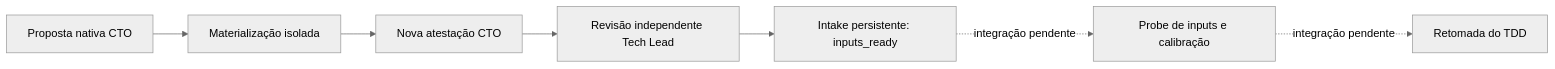
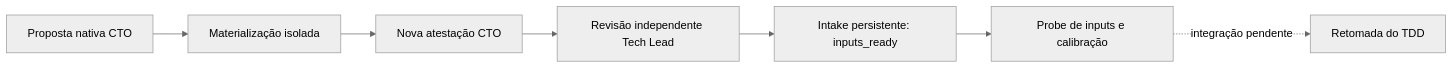
The fourth of 4 diagrams in README.md (codifydeep/fabriquinha), drawn with Mermaid (neutral theme) before and after one commit. The commit also changed other lines of this file and 7 other files, not shown here.

````diff
--- a/README.md
+++ b/README.md
@@ -1378,9 +1383,9 @@
 ```mermaid
 flowchart LR
   B[Proposta nativa CTO] --> M[Materialização isolada]
   M --> C[Nova atestação CTO]
   C --> T[Revisão independente Tech Lead]
   T --> I[Intake persistente: inputs_ready]
-  I -. integração pendente .-> P[Probe de inputs e calibração]
+  I --> P[Probe de inputs e calibração]
   P -. integração pendente .-> R[Retomada do TDD]
 ```
````
